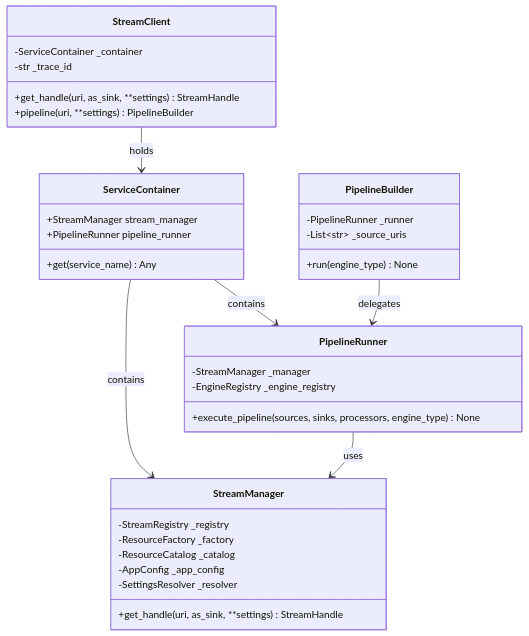
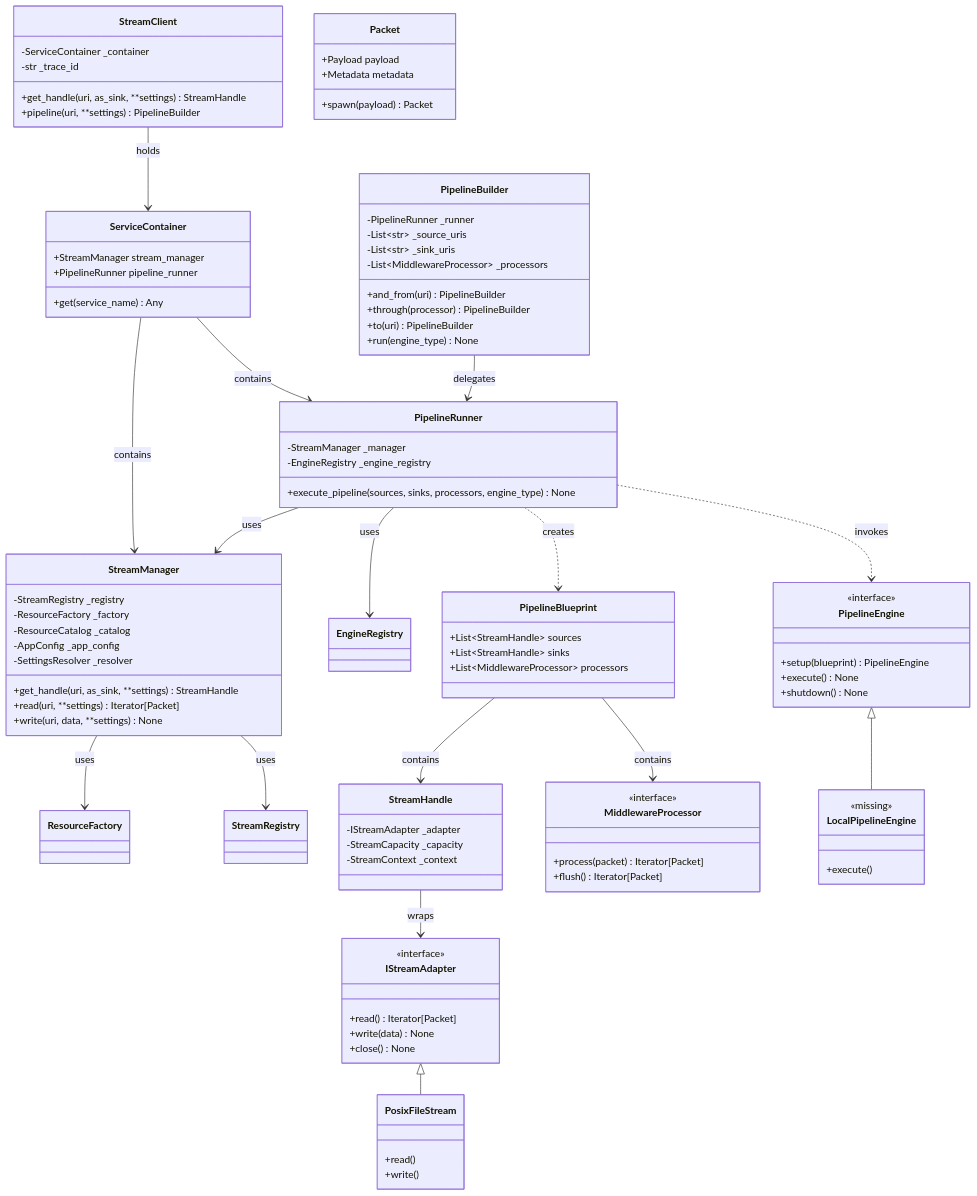
Before and after one commit to mnaatjes/etl-pipeline: the first of 4 diagrams in docs/architecture_map.md, drawn with Mermaid. The commit also changed other lines of this file, not shown here.

````diff
--- a/docs/architecture_map.md
+++ b/docs/architecture_map.md
@@ -57,11 +57,18 @@
         -AppConfig _app_config
         -SettingsResolver _resolver
         +get_handle(uri, as_sink, **settings) StreamHandle
+        +read(uri, **settings) Iterator[Packet]
+        +write(uri, data, **settings) None
     }
 
     class PipelineBuilder {
         -PipelineRunner _runner
         -List~str~ _source_uris
+        -List~str~ _sink_uris
+        -List~MiddlewareProcessor~ _processors
+        +and_from(uri) PipelineBuilder
+        +through(processor) PipelineBuilder
+        +to(uri) PipelineBuilder
         +run(engine_type) None
     }
 
@@ -71,10 +78,71 @@
         +execute_pipeline(sources, sinks, processors, engine_type) None
     }
 
+    %% Domain Models
+    class StreamHandle {
+        -IStreamAdapter _adapter
+        -StreamCapacity _capacity
+        -StreamContext _context
+    }
+
+    class PipelineBlueprint {
+        +List~StreamHandle~ sources
+        +List~StreamHandle~ sinks
+        +List~MiddlewareProcessor~ processors
+    }
+
+    class Packet {
+        +Payload payload
+        +Metadata metadata
+        +spawn(payload) Packet
+    }
+
+    %% Ports
+    class IStreamAdapter {
+        <<interface>>
+        +read() Iterator[Packet]
+        +write(data) None
+        +close() None
+    }
+
+    class PipelineEngine {
+        <<interface>>
+        +setup(blueprint) PipelineEngine
+        +execute() None
+        +shutdown() None
+    }
+
+    class MiddlewareProcessor {
+        <<interface>>
+        +process(packet) Iterator[Packet]
+        +flush() Iterator[Packet]
+    }
+
+    %% Infrastructure
+    class LocalPipelineEngine {
+        <<missing>>
+        +execute()
+    }
+
+    class PosixFileStream {
+        +read()
+        +write()
+    }
+
     %% Relationships
     StreamClient --> ServiceContainer : holds
     ServiceContainer --> StreamManager : contains
     ServiceContainer --> PipelineRunner : contains
+    StreamManager --> ResourceFactory : uses
+    StreamManager --> StreamRegistry : uses
     PipelineBuilder --> PipelineRunner : delegates
     PipelineRunner --> StreamManager : uses
+    PipelineRunner --> EngineRegistry : uses
+    PipelineRunner ..> PipelineBlueprint : creates
+    PipelineRunner ..> PipelineEngine : invokes
+    PipelineBlueprint --> StreamHandle : contains
+    PipelineBlueprint --> MiddlewareProcessor : contains
+    StreamHandle --> IStreamAdapter : wraps
+    IStreamAdapter <|-- PosixFileStream
+    PipelineEngine <|-- LocalPipelineEngine
 ```
````
